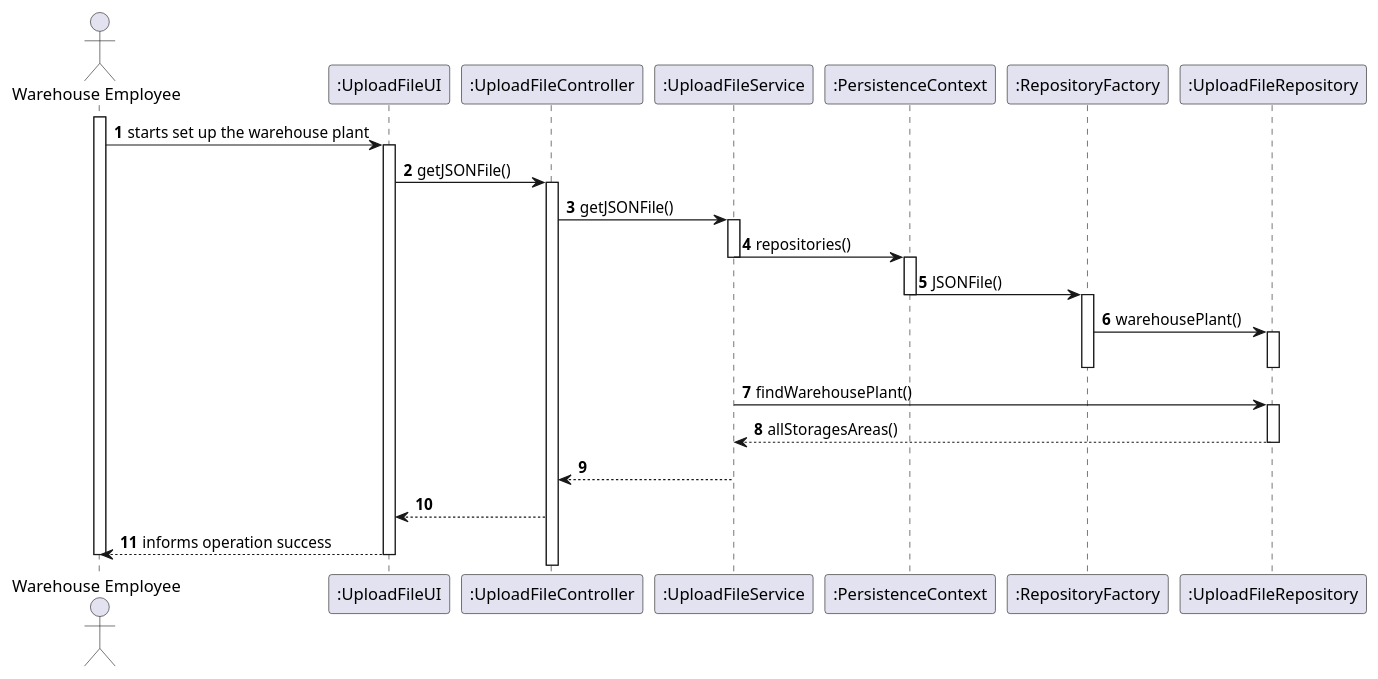
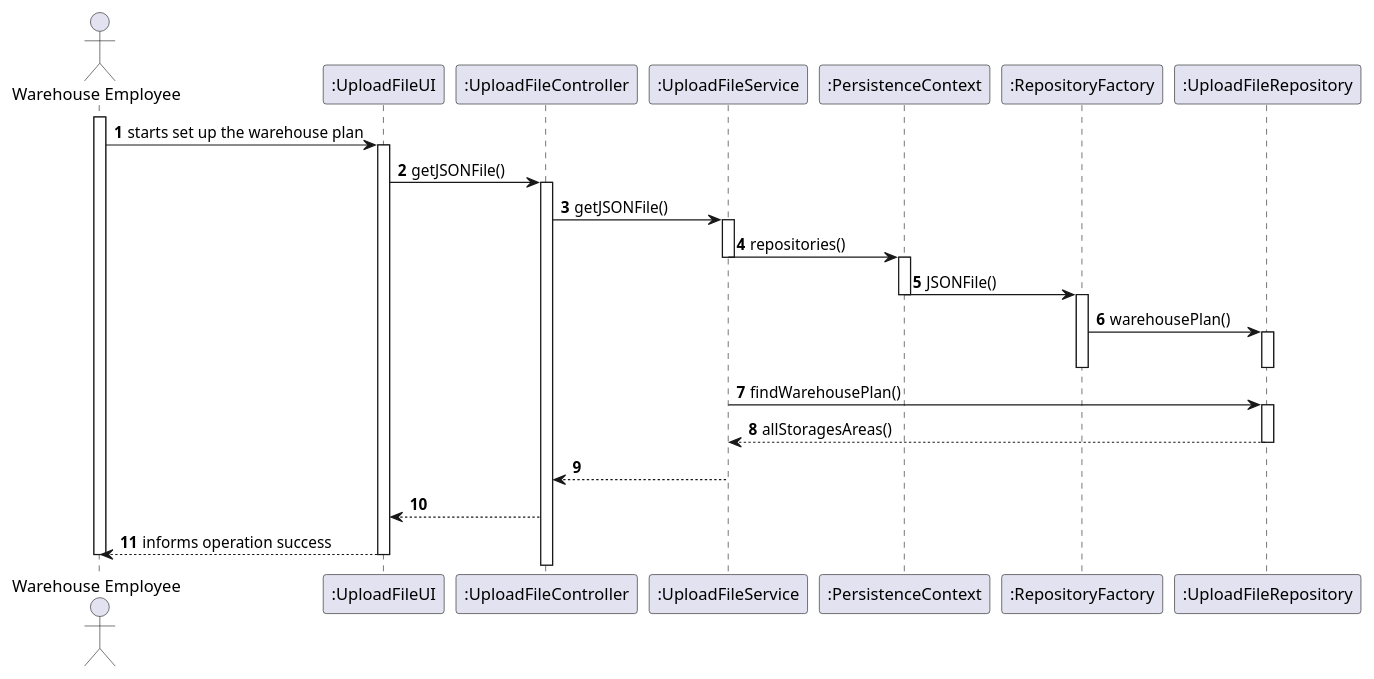
One commit to marttuga/LAPR4-SmartSystems changed the diagram in docs/Sprint2/US2001/US2001_SD.puml. Above: the diagram before and after it, drawn with PlantUML.

Commit message:
<L2L20-16> US2001: SD (corrections)

```diff
--- a/docs/Sprint2/US2001/US2001_SD.puml
+++ b/docs/Sprint2/US2001/US2001_SD.puml
@@ -1,50 +1,50 @@
 @startuml
 autonumber
 'hide footbox
 actor "Warehouse Employee" as WE
 participant ":UploadFileUI" as UI
 participant ":UploadFileController" as CTRL
 participant ":UploadFileService" as UFS
 participant ":PersistenceContext" as PC
 participant ":RepositoryFactory" as RF
 participant ":UploadFileRepository" as UFR
 
 activate WE
-WE -> UI :  starts set up the warehouse plant
+WE -> UI :  starts set up the warehouse plan
 activate UI
 
 UI -> CTRL : getJSONFile()
 activate CTRL
 
 CTRL -> UFS : getJSONFile()
 activate UFS
 
 UFS -> PC : repositories()
 deactivate UFS
 
 activate PC
 PC -> RF : JSONFile()
 deactivate PC
 
 activate RF
-RF -> UFR : warehousePlant()
+RF -> UFR : warehousePlan()
 activate UFR
 deactivate UFR
 
 deactivate RF
 
-UFS -> UFR : findWarehousePlant()
+UFS -> UFR : findWarehousePlan()
 activate UFR
 
 UFR --> UFS : allStoragesAreas()
 deactivate UFR
 
 UFS --> CTRL
 
 CTRL --> UI
 
 UI --> WE : informs operation success
 deactivate UI
 deactivate WE
 
 @enduml
```
